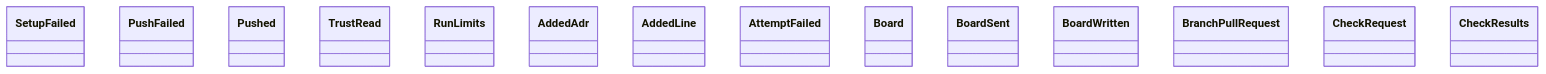
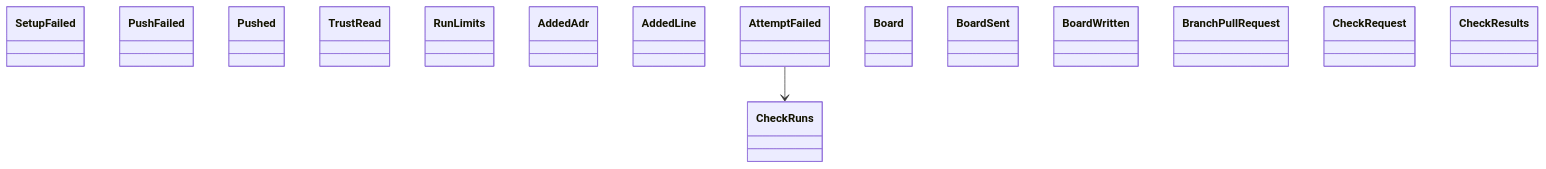
Before and after one commit to GonzaloZevallos/agentic-system: the diagram in docs/architecture/generated/classes-process-application-support-1.md, drawn with Mermaid. The commit also changed other lines of this file and 24 other files, not shown here.

````diff
--- a/docs/architecture/generated/classes-process-application-support-1.md
+++ b/docs/architecture/generated/classes-process-application-support-1.md
@@ -19,17 +19,19 @@
 ```mermaid
 classDiagram
     class checkouts__SetupFailed["SetupFailed"]
     class ci_push__PushFailed["PushFailed"]
     class ci_push__Pushed["Pushed"]
     class ci_trust__TrustRead["TrustRead"]
     class limits__RunLimits["RunLimits"]
     class ports__AddedAdr["AddedAdr"]
     class ports__AddedLine["AddedLine"]
     class ports__AttemptFailed["AttemptFailed"]
     class ports__Board["Board"]
     class ports__BoardSent["BoardSent"]
     class ports__BoardWritten["BoardWritten"]
     class ports__BranchPullRequest["BranchPullRequest"]
     class ports__CheckRequest["CheckRequest"]
     class ports__CheckResults["CheckResults"]
+    class ports__CheckRuns["CheckRuns"]
+    ports__AttemptFailed --> ports__CheckRuns
 ```
````
